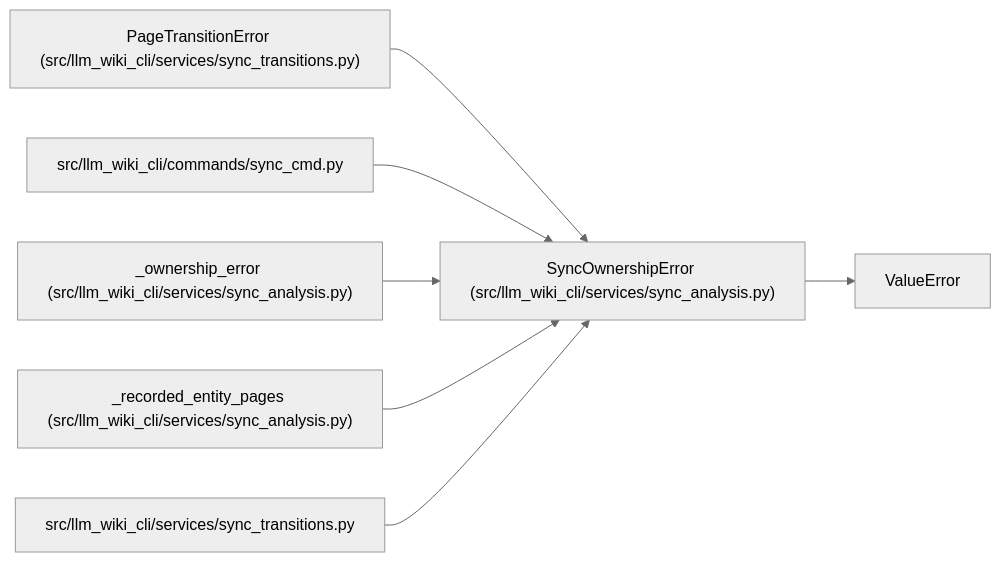
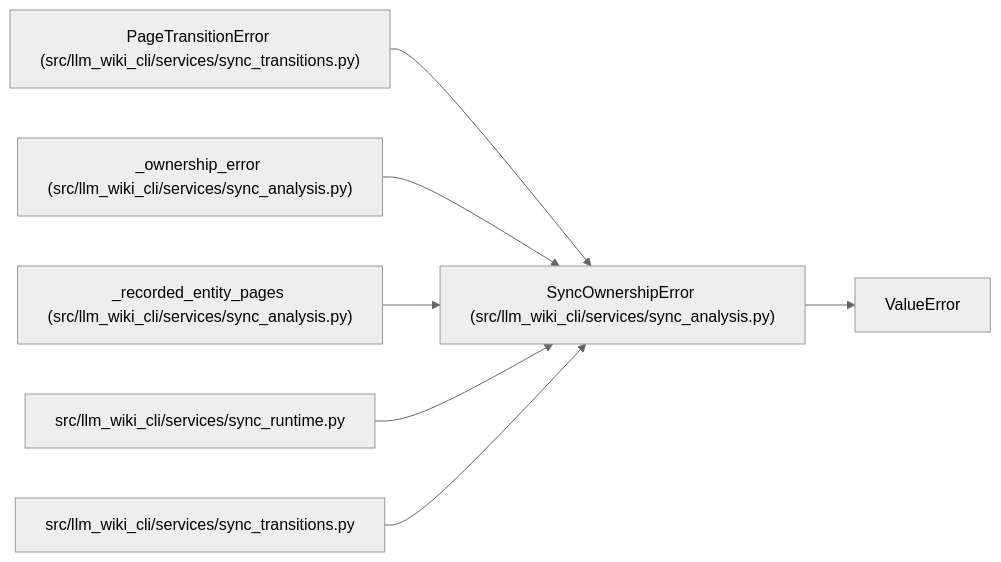
The diagram in docs/llm_wiki/entities/SyncOwnershipError.md (Denissvgn/python-wiki-llm), drawn with Mermaid (neutral theme) before and after one commit. The commit also changed other lines of this file and 1555 other files, not shown here.

````diff
--- a/docs/llm_wiki/entities/SyncOwnershipError.md
+++ b/docs/llm_wiki/entities/SyncOwnershipError.md
@@ -23,22 +23,22 @@
 ```mermaid
 flowchart LR
     n0["SyncOwnershipError (src/llm_wiki_cli/services/sync_analysis.py)"]
     n1["ValueError"]
     n2["PageTransitionError (src/llm_wiki_cli/services/sync_transitions.py)"]
-    n3["src/llm_wiki_cli/commands/sync_cmd.py"]
-    n4["_ownership_error (src/llm_wiki_cli/services/sync_analysis.py)"]
-    n5["_recorded_entity_pages (src/llm_wiki_cli/services/sync_analysis.py)"]
+    n3["_ownership_error (src/llm_wiki_cli/services/sync_analysis.py)"]
+    n4["_recorded_entity_pages (src/llm_wiki_cli/services/sync_analysis.py)"]
+    n5["src/llm_wiki_cli/services/sync_runtime.py"]
     n6["src/llm_wiki_cli/services/sync_transitions.py"]
     n0 --> n1
     n2 --> n0
     n3 --> n0
     n4 --> n0
     n5 --> n0
     n6 --> n0
     click n0 "../modules/sync_analysis.md"
     click n2 "../modules/sync_transitions.md"
-    click n3 "../modules/sync_cmd.md"
+    click n3 "../modules/sync_analysis.md"
     click n4 "../modules/sync_analysis.md"
-    click n5 "../modules/sync_analysis.md"
+    click n5 "../modules/sync_runtime.md"
     click n6 "../modules/sync_transitions.md"
 ```
````
